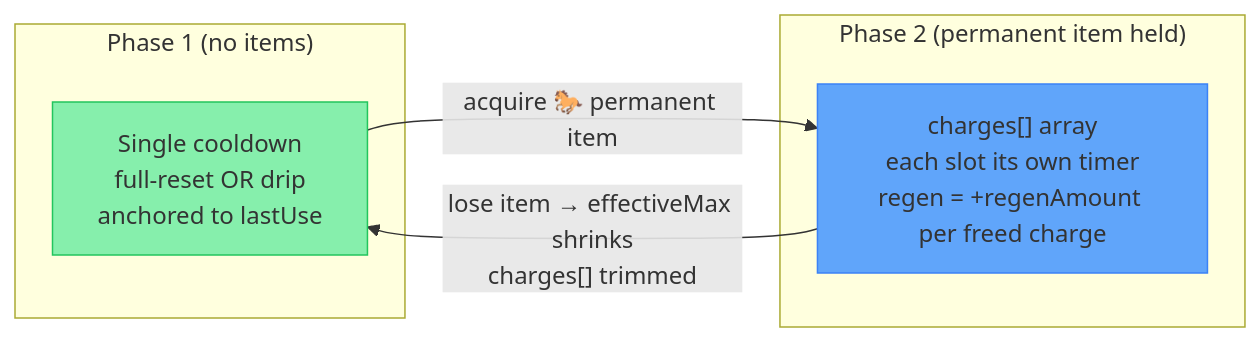
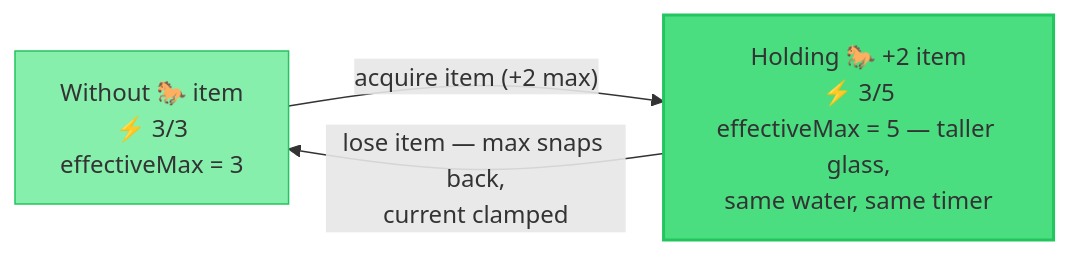
One commit to extremedonkey/castbot changed the seventh of 11 diagrams in docs/03-features/StaminaArchitecture.md. Above: the diagram before and after it, drawn with Mermaid. The commit also changed other lines of this file and 8 other files, not shown here.

````diff
--- a/docs/03-features/StaminaArchitecture.md
+++ b/docs/03-features/StaminaArchitecture.md
@@ -352,13 +343,9 @@
 ```mermaid
 graph LR
-    subgraph "Phase 1 (no items)"
-        P1["Single cooldown<br/>full-reset OR drip<br/>anchored to lastUse"]
-    end
-    subgraph "Phase 2 (permanent item held)"
-        P2["charges[] array<br/>each slot its own timer<br/>regen = +regenAmount per freed charge"]
-    end
-    P1 -->|"acquire 🐎 permanent item"| P2
-    P2 -->|"lose item → effectiveMax shrinks<br/>charges[] trimmed"| P1
-    style P1 fill:#86efac,stroke:#22c55e
-    style P2 fill:#60a5fa,stroke:#3b82f6
+    BEFORE["Without 🐎 item<br/>⚡ 3/3<br/>effectiveMax = 3"]
+    AFTER["Holding 🐎 +2 item<br/>⚡ 3/5<br/>effectiveMax = 5 — taller glass,<br/>same water, same timer"]
+    BEFORE -->|"acquire item (+2 max)"| AFTER
+    AFTER -->|"lose item — max snaps back,<br/>current clamped"| BEFORE
+    style BEFORE fill:#86efac,stroke:#22c55e
+    style AFTER fill:#4ade80,stroke:#22c55e,stroke-width:2px
 ```
````
